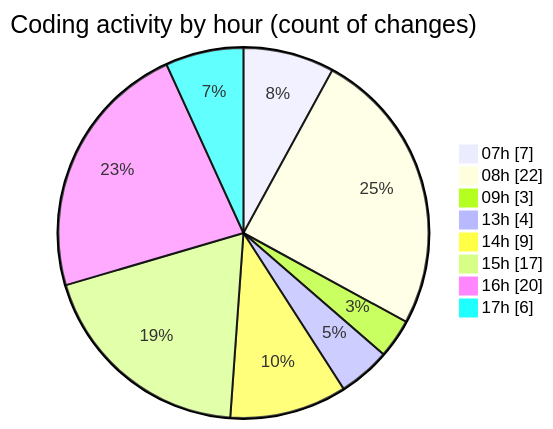
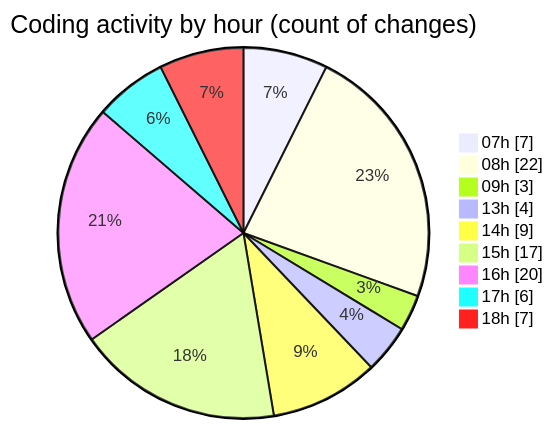
One commit to Elitesun/code-tracking changed the second of 2 diagrams in 2025-05-04/niten/README.md. Above: the diagram before and after it, drawn with Mermaid. The commit also changed other lines of this file and 1 other file, not shown here.

````diff
--- a/2025-05-04/niten/README.md
+++ b/2025-05-04/niten/README.md
@@ -54,12 +57,13 @@
 ```mermaid
 pie showData
 title Coding activity by hour (count of changes)
 "07h" : 7
 "08h" : 22
 "09h" : 3
 "13h" : 4
 "14h" : 9
 "15h" : 17
 "16h" : 20
 "17h" : 6
+"18h" : 7
 ```
````
